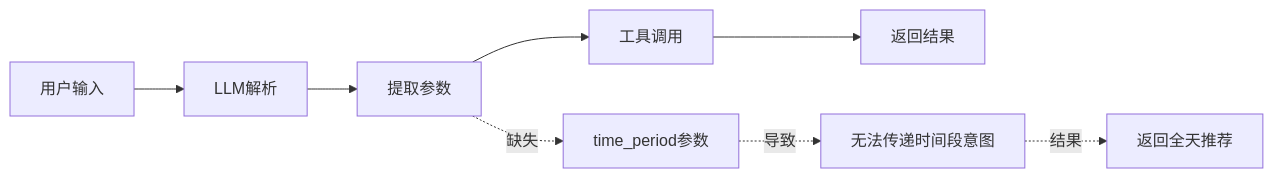
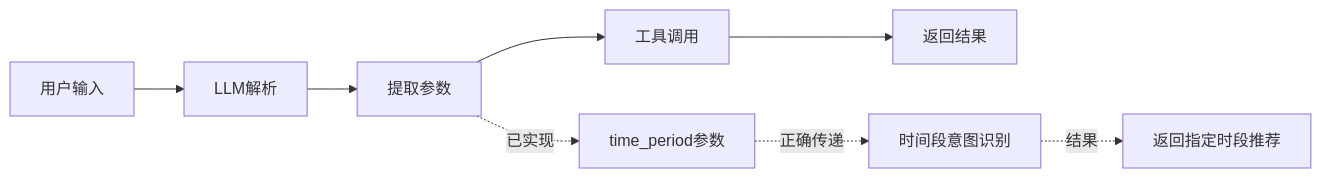
Before and after one commit to leoomo/fishing_agent: the diagram in docs/intent_understanding_optimization.md, drawn with Mermaid. The commit also changed other lines of this file and 6 other files, not shown here.

````diff
--- a/docs/intent_understanding_optimization.md
+++ b/docs/intent_understanding_optimization.md
@@ -39,11 +40,11 @@
 ```mermaid
 graph LR
     A[用户输入] --> B[LLM解析]
     B --> C[提取参数]
     C --> D[工具调用]
     D --> E[返回结果]
 
-    C -.缺失.-> F[time_period参数]
-    F -.导致.-> G[无法传递时间段意图]
-    G -.结果.-> H[返回全天推荐]
+    C -.已实现.-> F[time_period参数]
+    F -.正确传递.-> G[时间段意图识别]
+    G -.结果.-> H[返回指定时段推荐]
 ```
````
